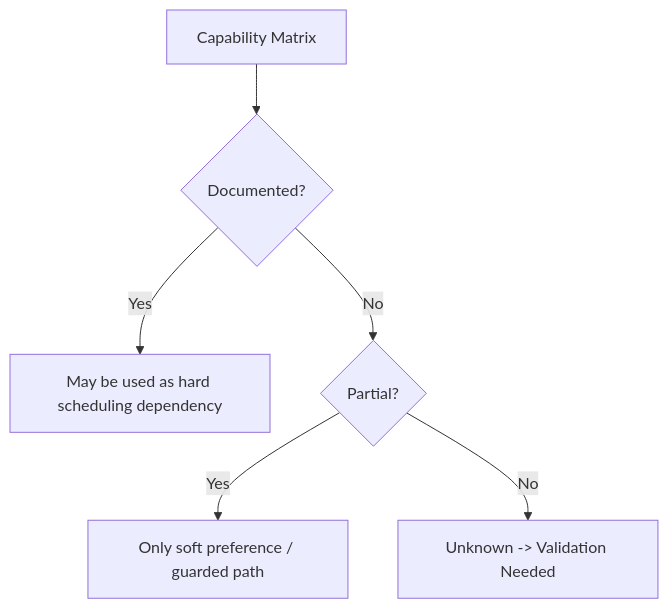
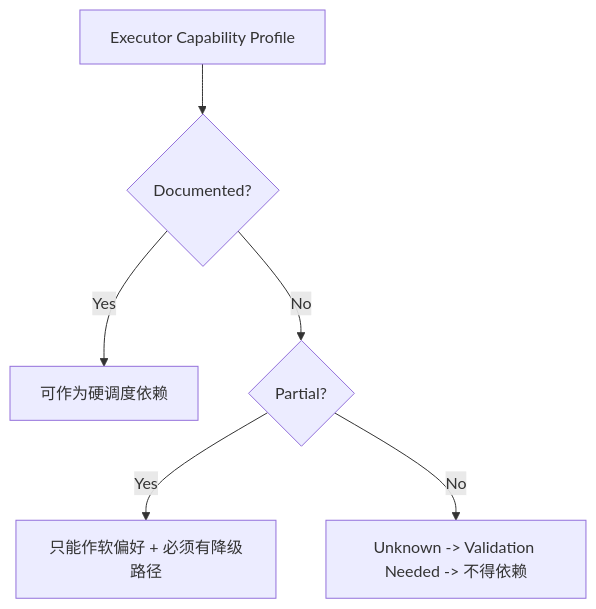
Before and after one commit to leeson1/Hive-Design: the diagram in docs/05-execution/09-Executor-Capability-Matrix.md, drawn with Mermaid. The commit also changed other lines of this file and 7 other files, not shown here.

````diff
--- a/docs/05-execution/09-Executor-Capability-Matrix.md
+++ b/docs/05-execution/09-Executor-Capability-Matrix.md
@@ -74,8 +83,8 @@
 ```mermaid
 flowchart TD
-    A["Capability Matrix"] --> B{"Documented?"}
-    B -- Yes --> C["May be used as hard scheduling dependency"]
+    A["Executor Capability Profile"] --> B{"Documented?"}
+    B -- Yes --> C["可作为硬调度依赖"]
     B -- No --> D{"Partial?"}
-    D -- Yes --> E["Only soft preference / guarded path"]
-    D -- No --> F["Unknown -> Validation Needed"]
+    D -- Yes --> E["只能作软偏好 + 必须有降级路径"]
+    D -- No --> F["Unknown -> Validation Needed -> 不得依赖"]
 ```
````
